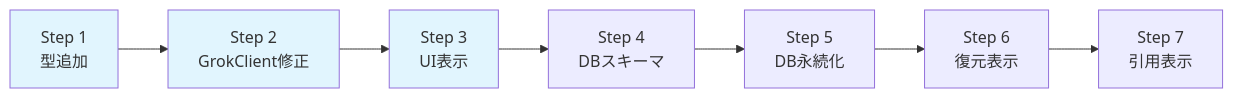
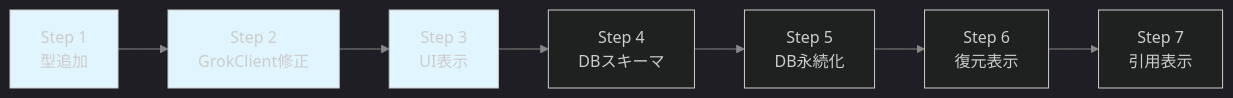
One commit to langcore-org/united-productions-web changed the second of 2 diagrams in docs/plans/tool-details-display.md. Above: the diagram before and after it, drawn with Mermaid. The commit also changed other lines of this file, not shown here.

Commit message:
docs: Mermaidダイアグラムにダークモード対応を追加
- %%{init: {'theme': 'dark', ...}}%% を各ダイアグラムに追加
- ダークモードでも読みやすい配色に調整

````diff
--- a/docs/plans/tool-details-display.md
+++ b/docs/plans/tool-details-display.md
@@ -54,13 +55,14 @@
 ```mermaid
+%%{init: {'theme': 'dark', 'themeVariables': { 'primaryColor': '#4a90d9', 'primaryTextColor': '#fff', 'primaryBorderColor': '#4a90d9', 'lineColor': '#888', 'secondaryColor': '#2d3748', 'tertiaryColor': '#1a202c'}}}%%
 flowchart LR
     A[Step 1<br/>型追加] --> B[Step 2<br/>GrokClient修正]
     B --> C[Step 3<br/>UI表示]
     C --> D[Step 4<br/>DBスキーマ]
     D --> E[Step 5<br/>DB永続化]
     E --> F[Step 6<br/>復元表示]
     F --> G[Step 7<br/>引用表示]
     
     style A fill:#e1f5fe
     style B fill:#e1f5fe
     style C fill:#e1f5fe
 ```
````
